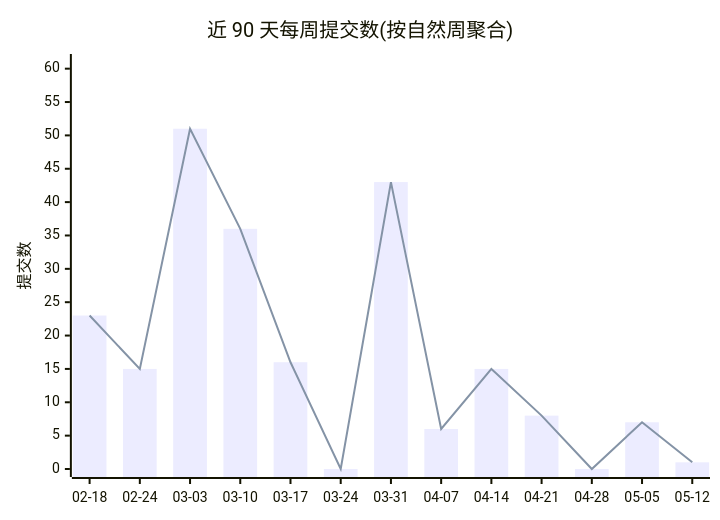
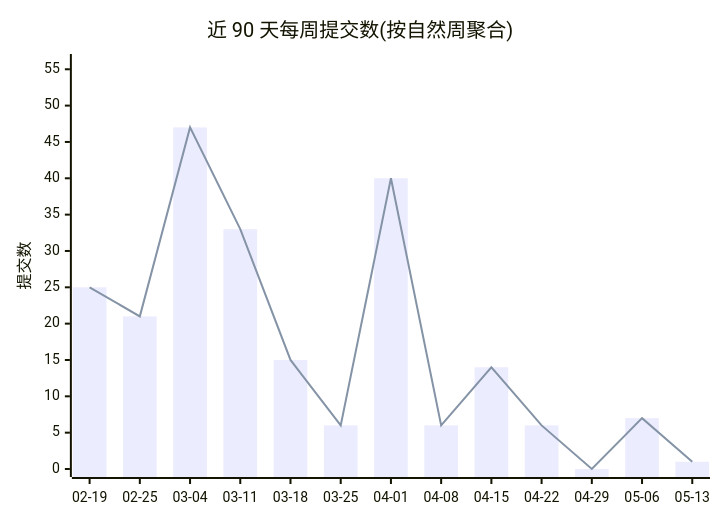
Before and after one commit to Conflux-Union/.github: the first of 2 diagrams in profile/README.md, drawn with Mermaid. The commit also changed other lines of this file and 1 other file, not shown here.

Commit message:
chore(stats): refresh org commit stats

````diff
--- a/profile/README.md
+++ b/profile/README.md
@@ -44,8 +44,8 @@
 ```mermaid
 xychart-beta
     title "近 90 天每周提交数(按自然周聚合)"
-    x-axis ["02-18", "02-24", "03-03", "03-10", "03-17", "03-24", "03-31", "04-07", "04-14", "04-21", "04-28", "05-05", "05-12"]
-    y-axis "提交数" 0 --> 61
-    bar [23, 15, 51, 36, 16, 0, 43, 6, 15, 8, 0, 7, 1]
-    line [23, 15, 51, 36, 16, 0, 43, 6, 15, 8, 0, 7, 1]
+    x-axis ["02-19", "02-25", "03-04", "03-11", "03-18", "03-25", "04-01", "04-08", "04-15", "04-22", "04-29", "05-06", "05-13"]
+    y-axis "提交数" 0 --> 56
+    bar [25, 21, 47, 33, 15, 6, 40, 6, 14, 6, 0, 7, 1]
+    line [25, 21, 47, 33, 15, 6, 40, 6, 14, 6, 0, 7, 1]
 ```
````
